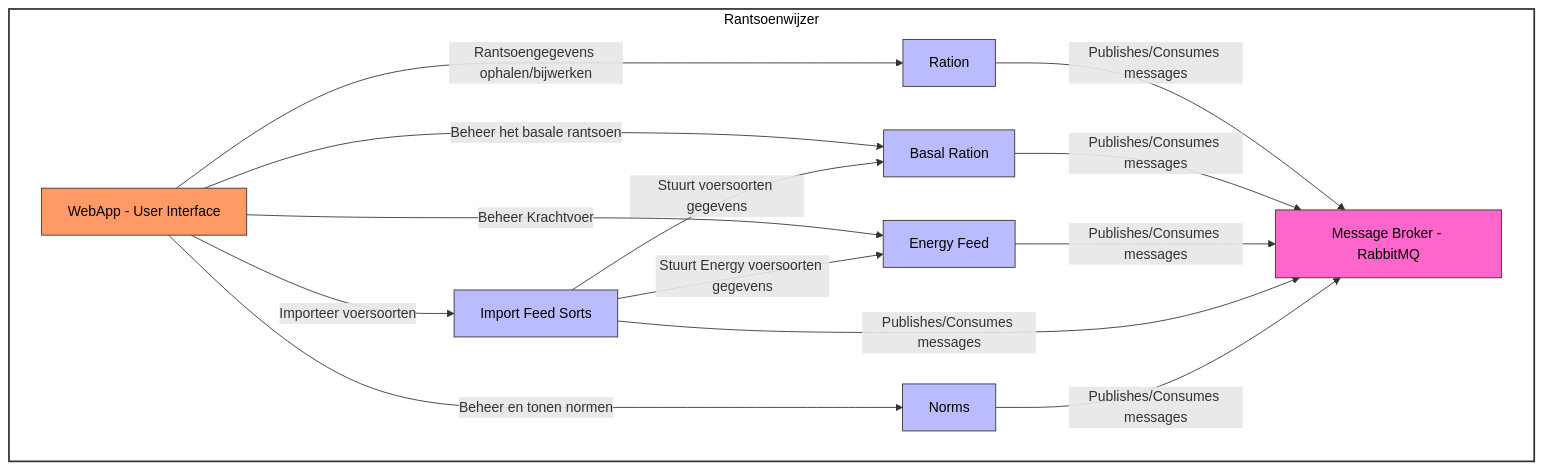
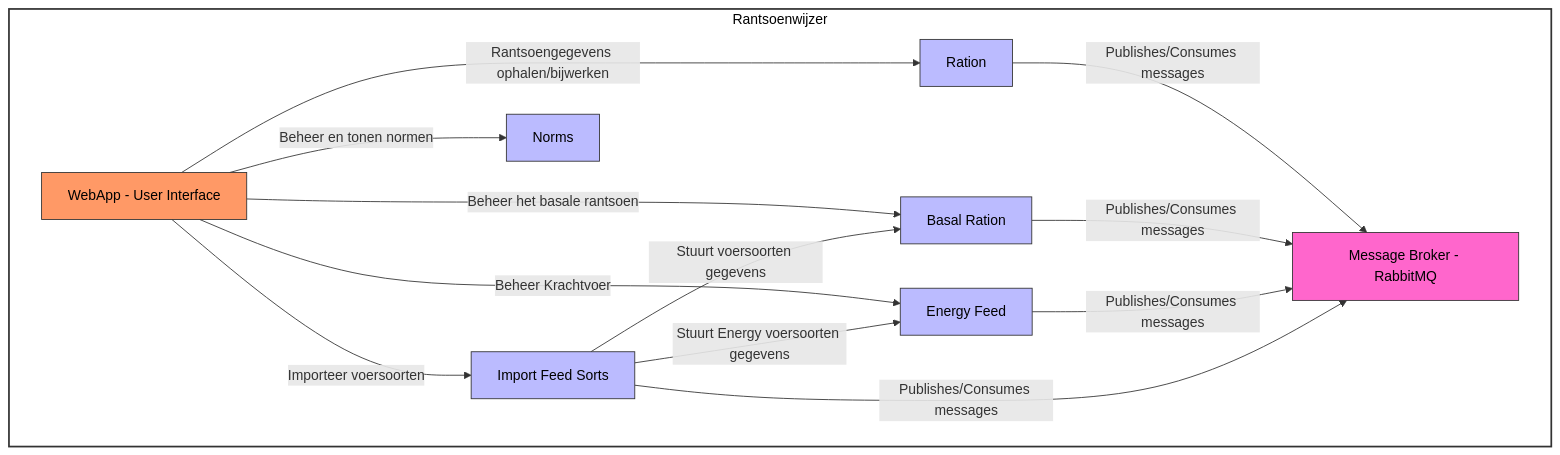
Before and after one commit to oshalabi/minor-project: the second of 6 diagrams in docs/c4-model-rantsoenwijzer.md, drawn with Mermaid. The commit also changed other lines of this file and 80 other files, not shown here.

````diff
--- a/docs/c4-model-rantsoenwijzer.md
+++ b/docs/c4-model-rantsoenwijzer.md
@@ -51,36 +51,35 @@
 ```mermaid
 graph TD
     subgraph Rantsoenwijzer
         WebApp[WebApp - User Interface]
         RationAPI[Ration]
         BasalRationAPI[Basal Ration]
         EnergyFoodAPI[Energy Feed]
         ImportRationAPI[Import Feed Sorts]
         NormAPI[Norms]
         RabbitMQ[Message Broker - RabbitMQ]
 
         WebApp -- "Rantsoengegevens ophalen/bijwerken" --> RationAPI
         WebApp -- "Beheer het basale rantsoen" --> BasalRationAPI
         WebApp -- "Beheer Krachtvoer" --> EnergyFoodAPI
         WebApp -- "Importeer voersoorten" --> ImportRationAPI
         WebApp -- "Beheer en tonen normen" --> NormAPI
         ImportRationAPI -- "Stuurt voersoorten gegevens" --> BasalRationAPI
         ImportRationAPI -- "Stuurt Energy voersoorten gegevens" --> EnergyFoodAPI
 
         RationAPI -- "Publishes/Consumes messages" --> RabbitMQ
         BasalRationAPI -- "Publishes/Consumes messages" --> RabbitMQ
         EnergyFoodAPI -- "Publishes/Consumes messages" --> RabbitMQ
         ImportRationAPI -- "Publishes/Consumes messages" --> RabbitMQ
-        NormAPI -- "Publishes/Consumes messages" --> RabbitMQ
     end
 
     style Rantsoenwijzer fill:#fff,stroke:#333,stroke-width:2px,color:#000000
     style RationAPI fill:#bbf,stroke:#333,stroke-width:1px,color:#000000
     style BasalRationAPI fill:#bbf,stroke:#333,stroke-width:1px,color:#000000
     style EnergyFoodAPI fill:#bbf,stroke:#333,stroke-width:1px,color:#000000
     style ImportRationAPI fill:#bbf,stroke:#333,stroke-width:1px,color:#000000
     style NormAPI fill:#bbf,stroke:#333,stroke-width:1px,color:#000000
     style WebApp fill:#f96,stroke:#333,stroke-width:1px,color:#000000
     style RabbitMQ fill:#f6c,stroke:#333,stroke-width:1px,color:#000000
 
 ```
````
